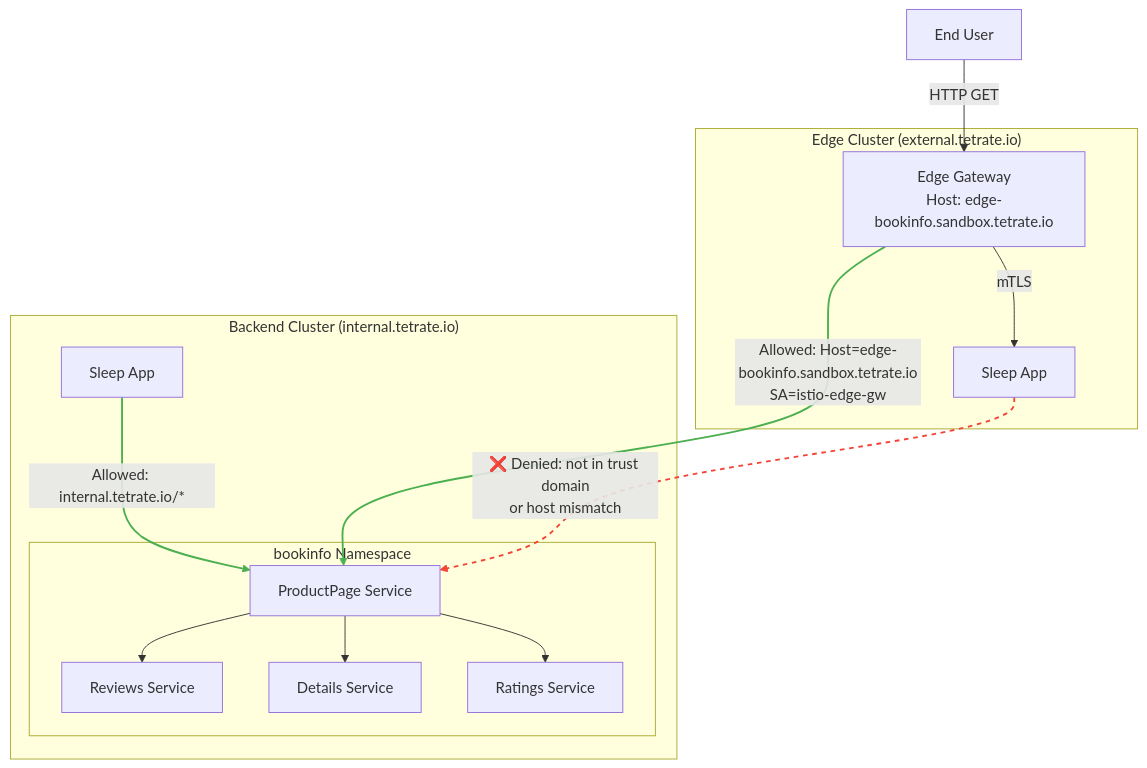
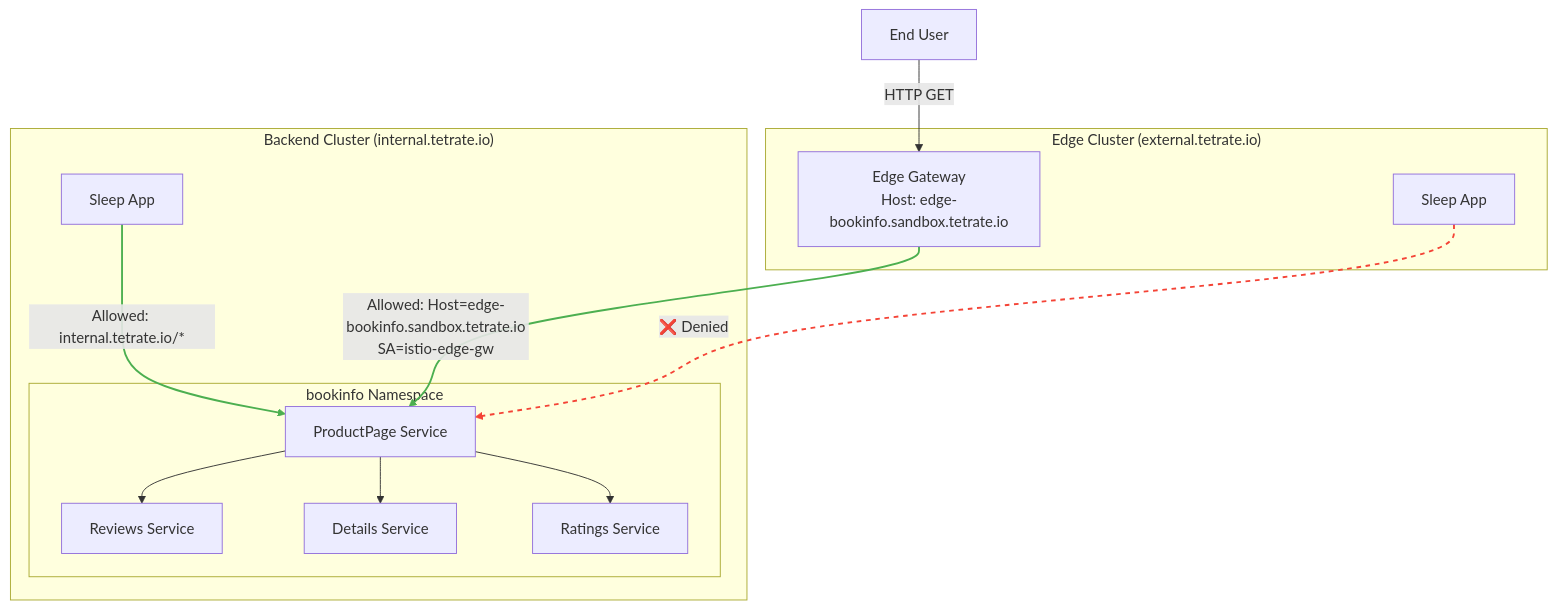
One commit to shamusx/istio-multicluster-demo changed the diagram in AUTHORIZATION.md. Above: the diagram before and after it, drawn with Mermaid. The commit also changed 2 other files, not shown here.

````diff
--- a/AUTHORIZATION.md
+++ b/AUTHORIZATION.md
@@ -6,46 +6,42 @@
 ```mermaid
 graph TD
-    %% Entry point from Internet
+    %% Internet entry point
     User[End User] -->|HTTP GET| EdgeGW[Edge Gateway]
 
-    %% Edge Cluster (external trust domain)
+    %% Edge Cluster (external.tetrate.io)
     subgraph Edge_Cluster["Edge Cluster (external.tetrate.io)"]
+        spacer1[" "]:::invisible
+        spacer2[" "]:::invisible
+        spacer3[" "]:::invisible
         EdgeGW[Edge Gateway<br/>Host: edge-bookinfo.sandbox.tetrate.io]
         SleepEdge[Sleep App]
-        EdgeGW -->|mTLS| SleepEdge
     end
 
-    %% Backend Cluster (internal trust domain)
+    %% Backend Cluster (internal.tetrate.io)
     subgraph Backend_Cluster["Backend Cluster (internal.tetrate.io)"]
         subgraph Bookinfo_NS["bookinfo Namespace"]
             ProductPage[ProductPage Service]
             Reviews[Reviews Service]
             Details[Details Service]
             Ratings[Ratings Service]
             ProductPage --> Reviews
             ProductPage --> Details
             ProductPage --> Ratings
         end
         SleepBackend[Sleep App]
     end
 
-    %% Authorization Policy Connections
+    %% AuthZ Policy Paths
     SleepBackend -->|Allowed: internal.tetrate.io/*| ProductPage
     EdgeGW -->|Allowed: Host=edge-bookinfo.sandbox.tetrate.io<br/>SA=istio-edge-gw| ProductPage
-    SleepEdge -->|❌ Denied: not in trust domain<br/>or host mismatch| ProductPage
+    SleepEdge -->|❌ Denied| ProductPage
 
-    %% Styling AuthZ Links
-    %% link indexes: 
-    %% 0: User --> EdgeGW
-    %% 1: EdgeGW --> SleepEdge
-    %% 2: ProductPage --> Reviews
-    %% 3: ProductPage --> Details
-    %% 4: ProductPage --> Ratings
-    %% 5: SleepBackend --> ProductPage  (AuthZ allowed)
-    %% 6: EdgeGW --> ProductPage        (AuthZ allowed)
-    %% 7: SleepEdge --> ProductPage     (AuthZ denied)
+    %% Link styling
+    linkStyle 4 stroke:#4caf50,stroke-width:2px
+    linkStyle 5 stroke:#4caf50,stroke-width:2px
+    linkStyle 6 stroke:#f44336,stroke-width:2px,stroke-dasharray: 5
 
-    linkStyle 5 stroke:#4caf50,stroke-width:2px
-    linkStyle 6 stroke:#4caf50,stroke-width:2px
-    linkStyle 7 stroke:#f44336,stroke-width:2px,stroke-dasharray: 5
+    %% Invisible class to pad subgraph labels
+    classDef invisible fill:#ffffff00,stroke:#ffffff00
+    class spacer1,spacer2,spacer3 invisible
 ```
````
